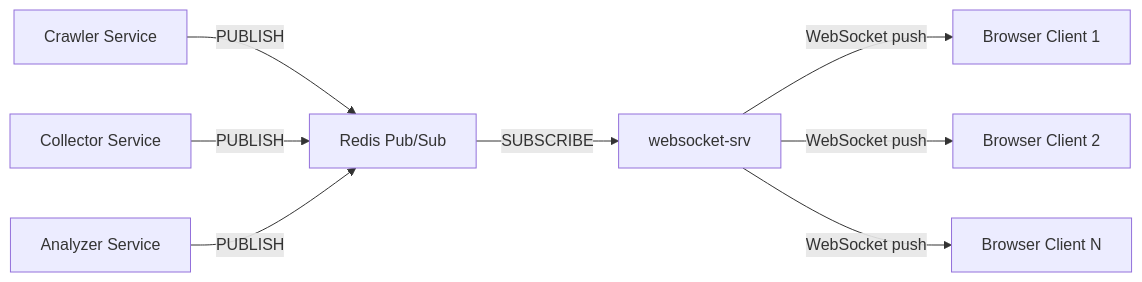
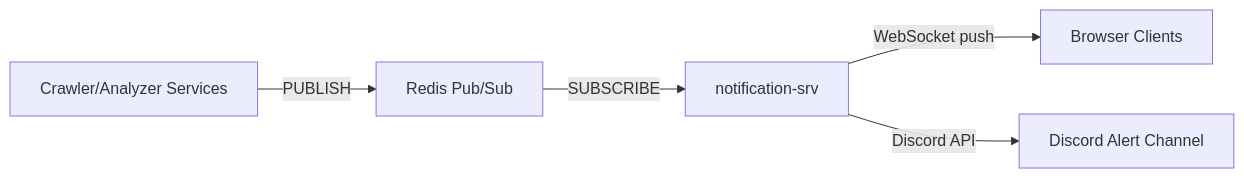
One commit to smap-hcmut/report changed the first of 2 diagrams in documents/notification/notification.md. Above: the diagram before and after it, drawn with Mermaid. The commit also changed other lines of this file and 8 other files, not shown here.

Commit message:
docs: Refactor notification service documentation, rewriting `notification.md`, deleting `NOTIFICATION_SERVICE_ADAPTATION.md`, and adding new code plan and proposal documents.

````diff
--- a/documents/notification/notification.md
+++ b/documents/notification/notification.md
@@ -7,10 +7,7 @@
 ```mermaid
 graph LR
-    A["Crawler Service"] -->|PUBLISH| B["Redis Pub/Sub"]
-    C["Collector Service"] -->|PUBLISH| B
-    D["Analyzer Service"] -->|PUBLISH| B
-    B -->|SUBSCRIBE| E["websocket-srv"]
-    E -->|WebSocket push| F["Browser Client 1"]
-    E -->|WebSocket push| G["Browser Client 2"]
-    E -->|WebSocket push| H["Browser Client N"]
+    A["Crawler/Analyzer Services"] -->|PUBLISH| B["Redis Pub/Sub"]
+    B -->|SUBSCRIBE| C["notification-srv"]
+    C -->|WebSocket push| D["Browser Clients"]
+    C -->|Discord API| E["Discord Alert Channel"]
 ```
````
